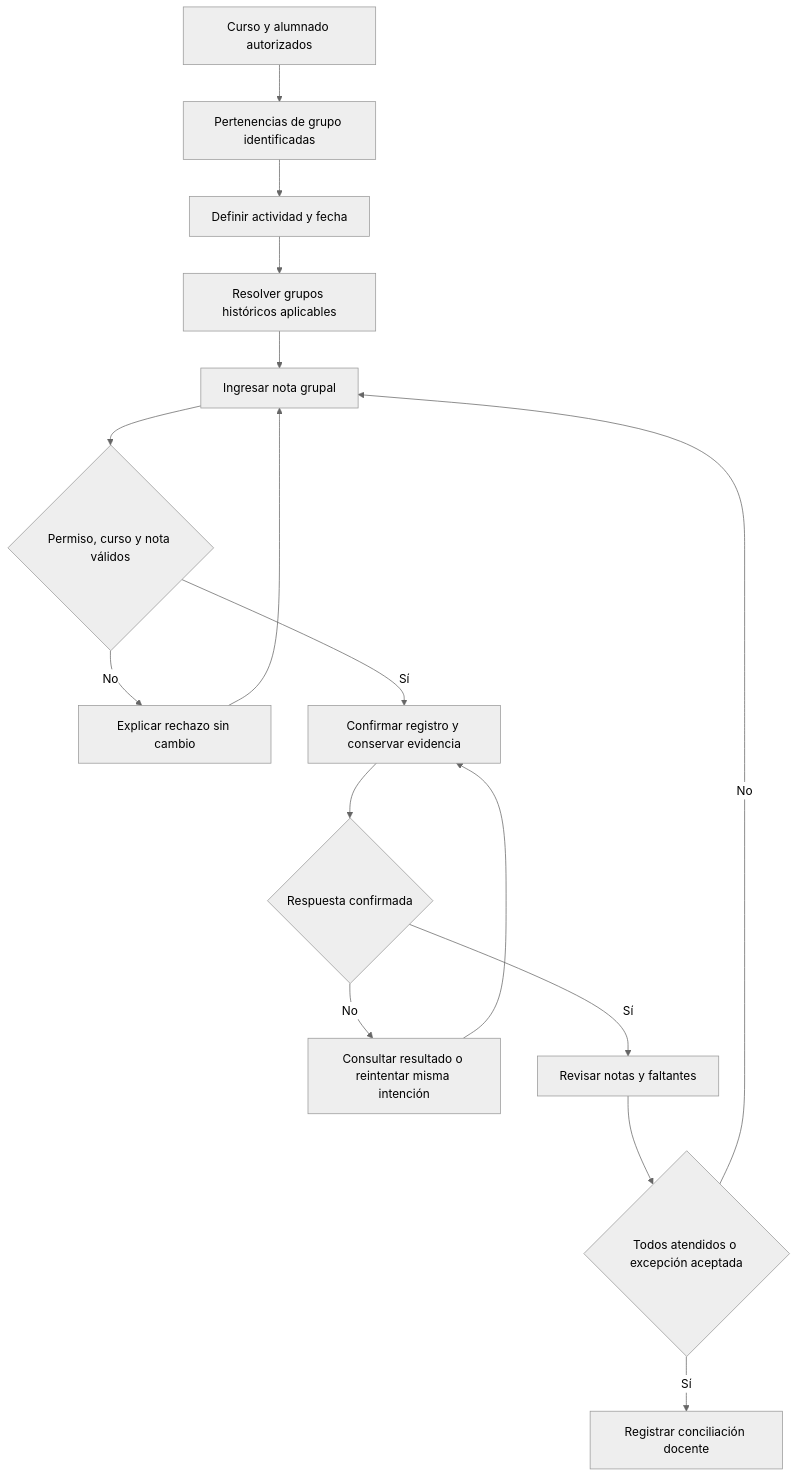
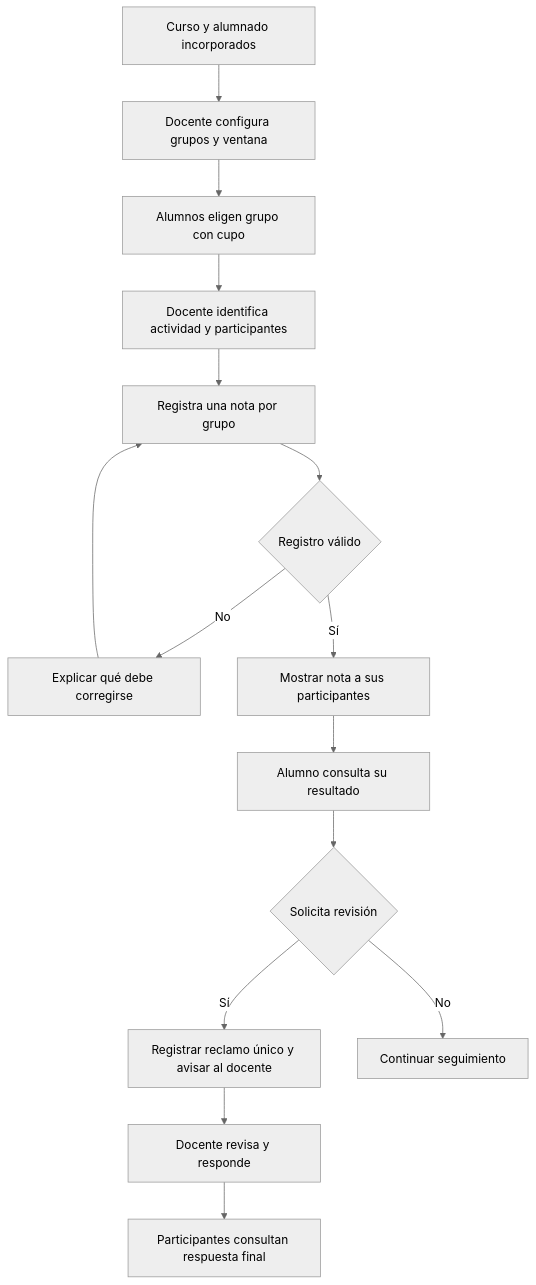
The second of 2 diagrams in development/09-anexos.md (NickSalA/portfolio-course), drawn with Mermaid (neutral theme) before and after one commit. The commit also changed other lines of this file and 9 other files, not shown here.

````diff
--- a/development/09-anexos.md
+++ b/development/09-anexos.md
@@ -24,18 +21,17 @@
 ```mermaid
 flowchart TB
-    A[Curso y alumnado autorizados] --> B[Pertenencias de grupo identificadas]
-    B --> C[Definir actividad y fecha]
-    C --> D[Resolver grupos históricos aplicables]
-    D --> E[Ingresar nota grupal]
-    E --> F{Permiso, curso y nota válidos}
-    F -->|No| G[Explicar rechazo sin cambio]
+    A[Curso y alumnado incorporados] --> B[Docente configura grupos y ventana]
+    B --> C[Alumnos eligen grupo con cupo]
+    C --> D[Docente identifica actividad y participantes]
+    D --> E[Registra una nota por grupo]
+    E --> F{Registro válido}
+    F -->|No| G[Explicar qué debe corregirse]
     G --> E
-    F -->|Sí| H[Confirmar registro y conservar evidencia]
-    H --> I{Respuesta confirmada}
-    I -->|No| J[Consultar resultado o reintentar misma intención]
-    J --> H
-    I -->|Sí| K[Revisar notas y faltantes]
-    K --> L{Todos atendidos o excepción aceptada}
-    L -->|No| E
-    L -->|Sí| M[Registrar conciliación docente]
+    F -->|Sí| H[Mostrar nota a sus participantes]
+    H --> I[Alumno consulta su resultado]
+    I --> J{Solicita revisión}
+    J -->|Sí| K[Registrar reclamo único y avisar al docente]
+    K --> L[Docente revisa y responde]
+    L --> M[Participantes consultan respuesta final]
+    J -->|No| N[Continuar seguimiento]
 ```
````
